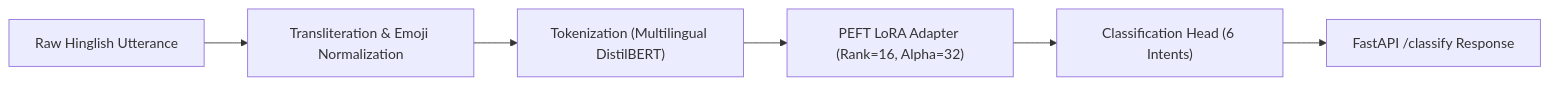
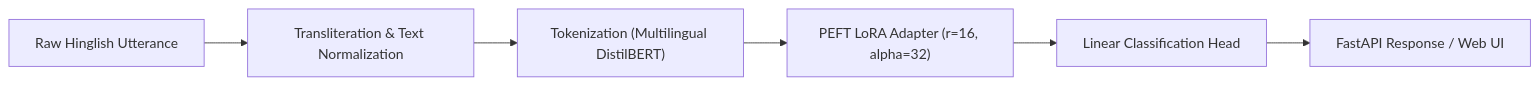
The diagram in README.md (YashasviJadav03/Hinglish-Intent-Classifier), drawn with Mermaid before and after one commit. The commit also changed other lines of this file, not shown here.

Commit message:
docs: formalize README, remove emojis and marketing text, streamline engineering details

````diff
--- a/README.md
+++ b/README.md
@@ -57,8 +37,8 @@
 ```mermaid
 flowchart LR
-    A["Raw Hinglish Utterance"] --> B["Transliteration & Emoji Normalization"]
+    A["Raw Hinglish Utterance"] --> B["Transliteration & Text Normalization"]
     B --> C["Tokenization (Multilingual DistilBERT)"]
-    C --> D["PEFT LoRA Adapter (Rank=16, Alpha=32)"]
-    D --> E["Classification Head (6 Intents)"]
-    E --> F["FastAPI /classify Response"]
+    C --> D["PEFT LoRA Adapter (r=16, alpha=32)"]
+    D --> E["Linear Classification Head"]
+    E --> F["FastAPI Response / Web UI"]
 ```
````
